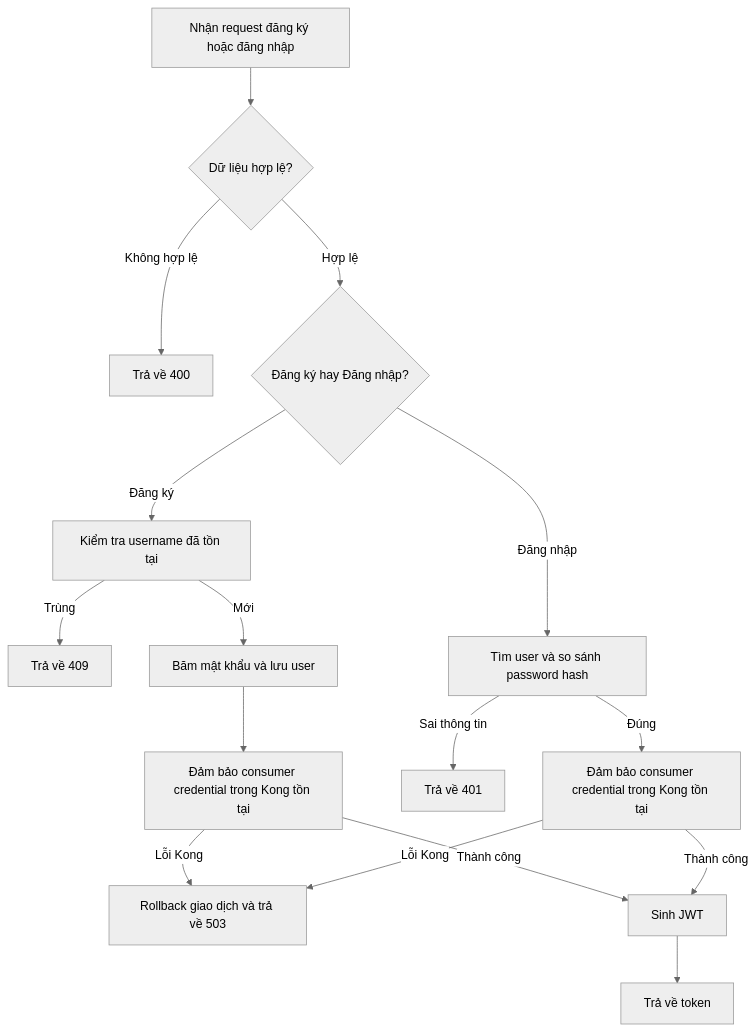
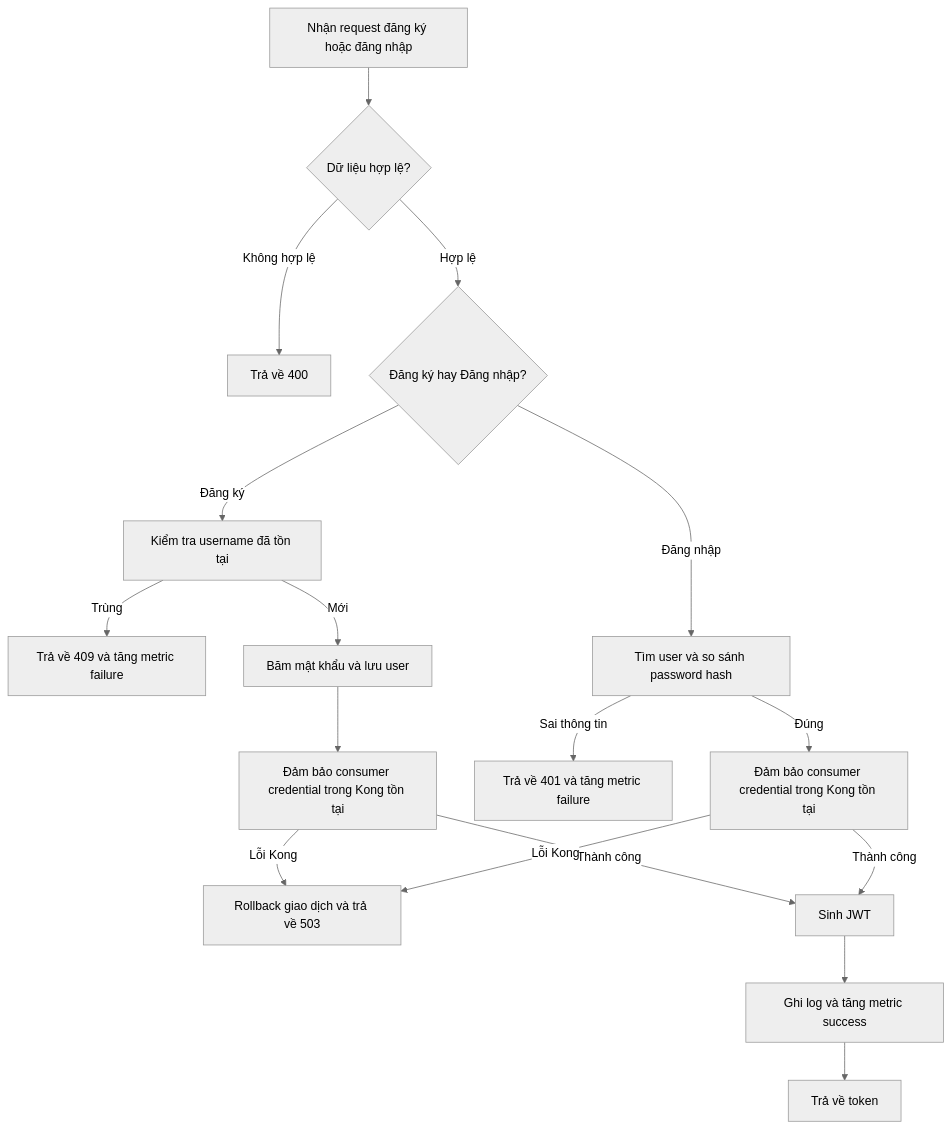
The third of 6 diagrams in docs/analysis-and-design-ddd.md (HungDung2012/mini-banking-transfer-system), drawn with Mermaid (neutral theme) before and after one commit. The commit also changed other lines of this file and 9 other files, not shown here.

````diff
--- a/docs/analysis-and-design-ddd.md
+++ b/docs/analysis-and-design-ddd.md
@@ -221,18 +267,19 @@
 ```mermaid
 flowchart TD
     A[Nhận request đăng ký hoặc đăng nhập] --> B{Dữ liệu hợp lệ?}
     B -->|Không hợp lệ| C[Trả về 400]
     B -->|Hợp lệ| D{Đăng ký hay Đăng nhập?}
     D -->|Đăng ký| E[Kiểm tra username đã tồn tại]
-    E -->|Trùng| F[Trả về 409]
+    E -->|Trùng| F[Trả về 409 và tăng metric failure]
     E -->|Mới| G[Băm mật khẩu và lưu user]
     G --> H[Đảm bảo consumer credential trong Kong tồn tại]
     H -->|Lỗi Kong| I[Rollback giao dịch và trả về 503]
     H -->|Thành công| J[Sinh JWT]
-    J --> K[Trả về token]
-    D -->|Đăng nhập| L[Tìm user và so sánh password hash]
-    L -->|Sai thông tin| M[Trả về 401]
-    L -->|Đúng| H2[Đảm bảo consumer credential trong Kong tồn tại]
-    H2 -->|Lỗi Kong| I
-    H2 -->|Thành công| J
+    J --> K[Ghi log và tăng metric success]
+    K --> L[Trả về token]
+    D -->|Đăng nhập| M[Tìm user và so sánh password hash]
+    M -->|Sai thông tin| N[Trả về 401 và tăng metric failure]
+    M -->|Đúng| O[Đảm bảo consumer credential trong Kong tồn tại]
+    O -->|Lỗi Kong| I
+    O -->|Thành công| J
 ```
````
